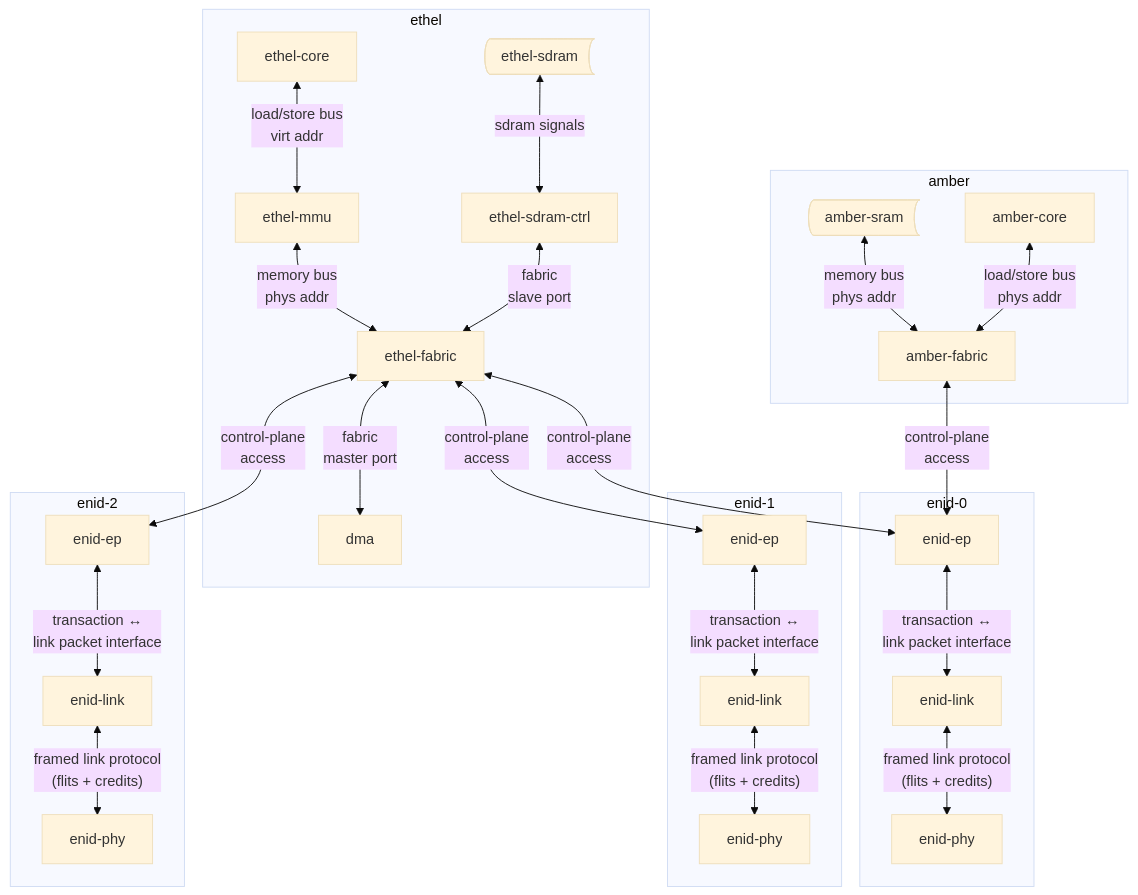
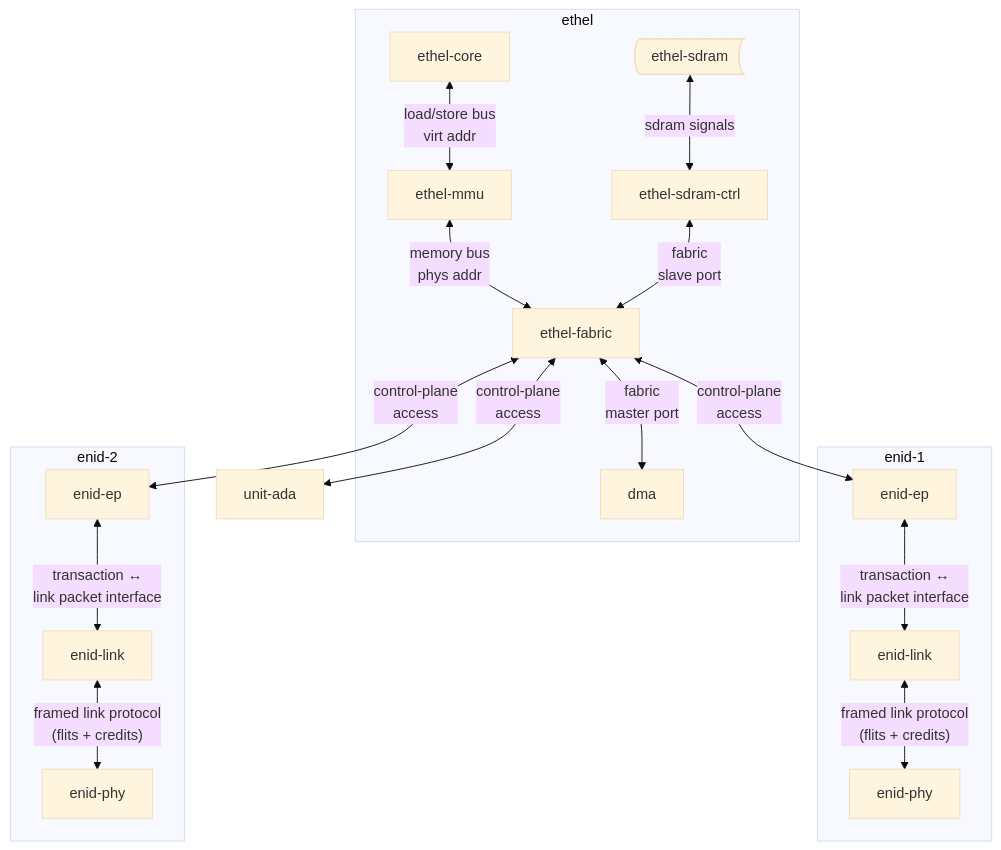
Before and after one commit to vanbako/henad: the diagram in modules/ethel/ethel.md, drawn with Mermaid (base theme). The commit also changed 4 other files, not shown here.

````diff
--- a/modules/ethel/ethel.md
+++ b/modules/ethel/ethel.md
@@ -22,48 +22,35 @@
 ```mermaid
 graph TB
    subgraph ethel
       ETHEL-CORE@{ shape: rect, label: "ethel-core" }
       ETHEL-MMU@{ shape: rect, label: "ethel-mmu" }
       ETHEL-FABRIC@{ shape: rect, label: "ethel-fabric" }
       ETHEL-SDRAM@{ shape: bow-rect, label: "ethel-sdram" }
       ETHEL-SDRAM-CTRL@{ shape: rect, label: "ethel-sdram-ctrl" }
       DMA@{ shape: rect, label: "dma" }
       ETHEL-CORE <-->|"load/store bus<br/>virt addr"| ETHEL-MMU
       ETHEL-MMU <-->|"memory bus<br/>phys addr"| ETHEL-FABRIC
       ETHEL-SDRAM <-->|"sdram signals"| ETHEL-SDRAM-CTRL
       ETHEL-SDRAM-CTRL <-->|"fabric<br/>slave port"| ETHEL-FABRIC
       ETHEL-FABRIC <-->|"fabric<br/>master port"| DMA
    end
-   subgraph enid-0[enid-0]
-      ENID0-EP@{ shape: rect, label: "enid-ep" }
-      ENID0-LINK@{ shape: rect, label: "enid-link" }
-      ENID0-PHY@{ shape: rect, label: "enid-phy" }
-      ENID0-EP <-->|"transaction ↔<br/>link packet interface"| ENID0-LINK
-      ENID0-LINK <-->|"framed link protocol<br/>(flits + credits)"| ENID0-PHY
-   end
-   subgraph amber
-      AMBER-CORE@{ shape: rect, label: "amber-core" }
-      AMBER-FABRIC@{ shape: rect, label: "amber-fabric" }
-      AMBER-SRAM@{ shape: bow-rect, label: "amber-sram" }
-      AMBER-SRAM <-->|"memory bus<br/>phys addr"| AMBER-FABRIC
-      AMBER-CORE <-->|"load/store bus<br/>phys addr"| AMBER-FABRIC
-   end
+   UNIT-ADA[unit-ada]
+   click UNIT-ADA "../../units/ada/ada.md" "Open unit-ada docs" _self
    subgraph enid-1[enid-1]
       ENID1-EP@{ shape: rect, label: "enid-ep" }
       ENID1-LINK@{ shape: rect, label: "enid-link" }
       ENID1-PHY@{ shape: rect, label: "enid-phy" }
       ENID1-EP <-->|"transaction ↔<br/>link packet interface"| ENID1-LINK
       ENID1-LINK <-->|"framed link protocol<br/>(flits + credits)"| ENID1-PHY
    end
    subgraph enid-2[enid-2]
       ENID2-EP@{ shape: rect, label: "enid-ep" }
       ENID2-LINK@{ shape: rect, label: "enid-link" }
       ENID2-PHY@{ shape: rect, label: "enid-phy" }
       ENID2-EP <-->|"transaction ↔<br/>link packet interface"| ENID2-LINK
       ENID2-LINK <-->|"framed link protocol<br/>(flits + credits)"| ENID2-PHY
    end
-   ETHEL-FABRIC <-->|"control-plane<br/>access"| ENID0-EP
-   AMBER-FABRIC <-->|"control-plane<br/>access"| ENID0-EP
+   ETHEL-FABRIC <-->|"control-plane<br/>access"| UNIT-ADA
    ETHEL-FABRIC <-->|"control-plane<br/>access"| ENID1-EP
    ETHEL-FABRIC <-->|"control-plane<br/>access"| ENID2-EP
 ```
````
